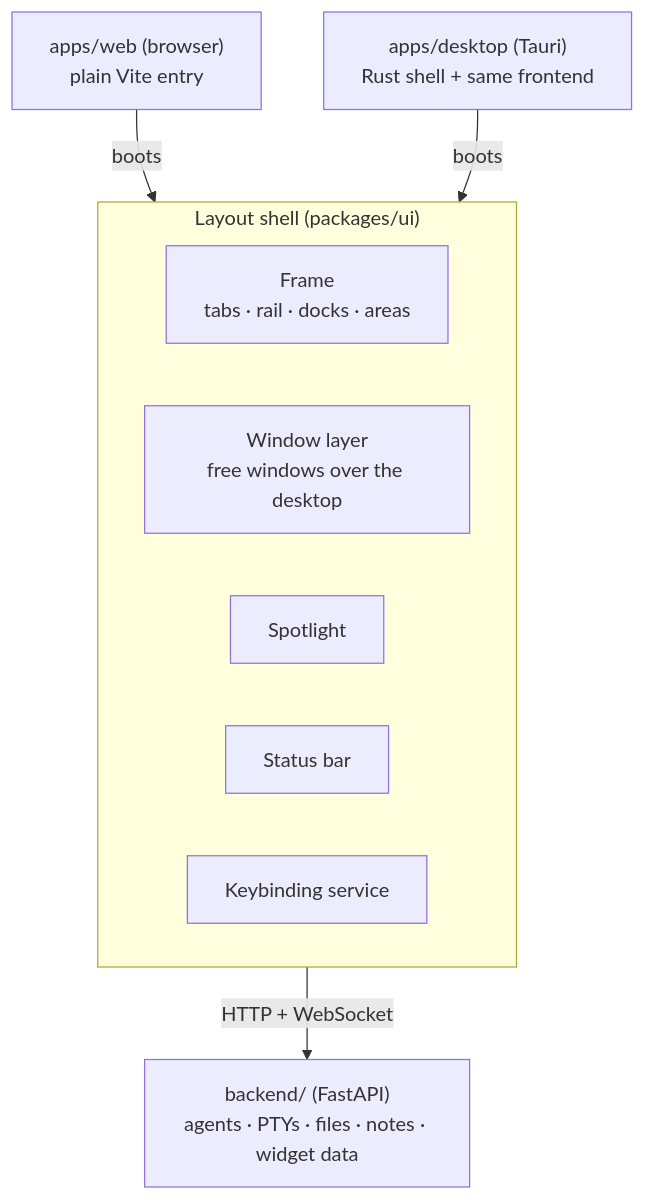
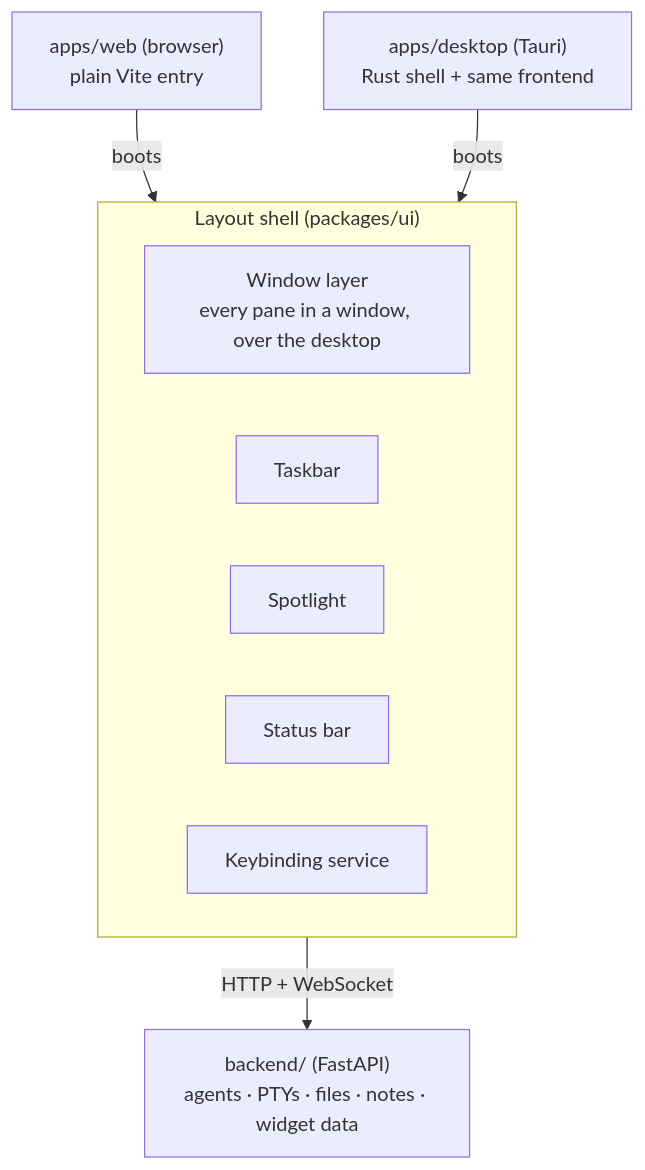
Before and after one commit to ConstCorrectness/horrible-dashboard: the diagram in docs/architecture/layout-shell.mdx, drawn with Mermaid. The commit also changed other lines of this file and 203 other files, not shown here.

````diff
--- a/docs/architecture/layout-shell.mdx
+++ b/docs/architecture/layout-shell.mdx
@@ -13,14 +13,14 @@
 ```mermaid
 flowchart TB
     subgraph Shell["Layout shell (packages/ui)"]
         direction LR
-        WS["Frame<br/>tabs · rail · docks · areas"]
-        WL["Window layer<br/>free windows over the desktop"]
+        WL["Window layer<br/>every pane in a window, over the desktop"]
+        TB["Taskbar"]
         CP["Spotlight"]
         SB["Status bar"]
         KB["Keybinding service"]
     end
     Web["apps/web (browser)<br/>plain Vite entry"] -->|boots| Shell
     Desk["apps/desktop (Tauri)<br/>Rust shell + same frontend"] -->|boots| Shell
     Shell -->|"HTTP + WebSocket"| BE["backend/ (FastAPI)<br/>agents · PTYs · files · notes · widget data"]
 ```
````
